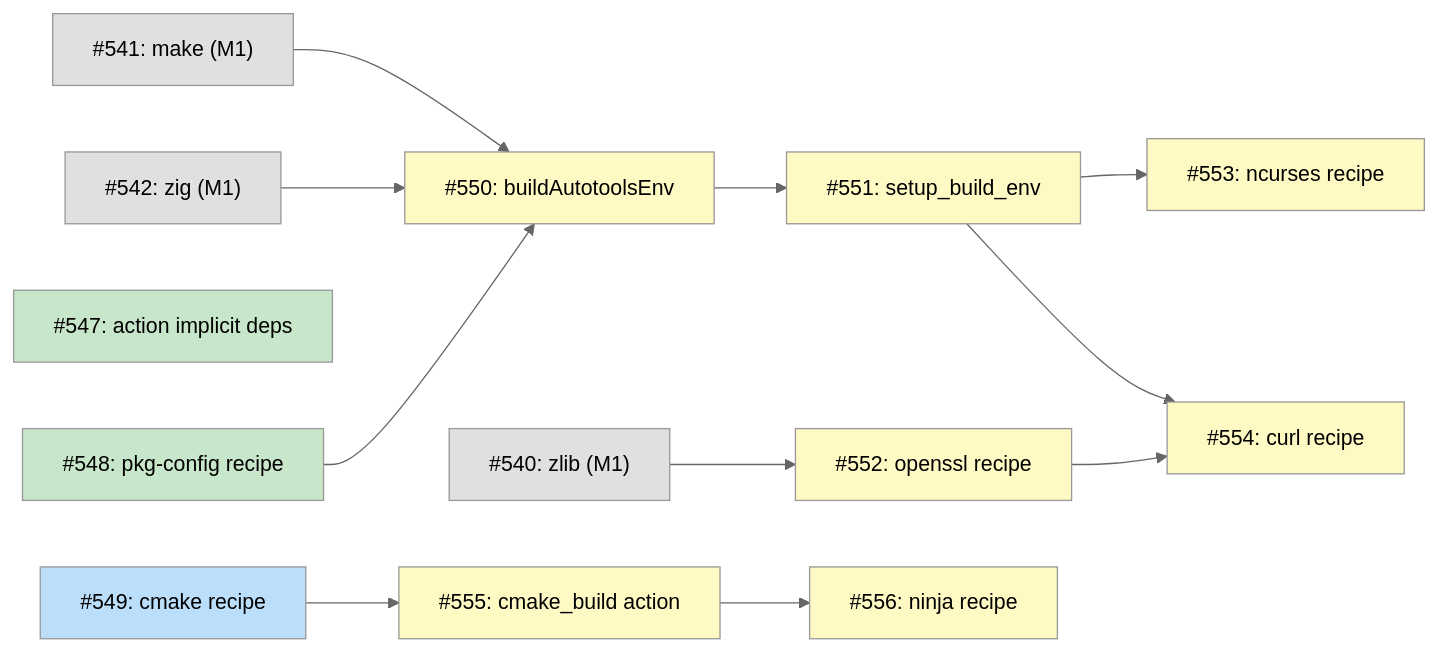
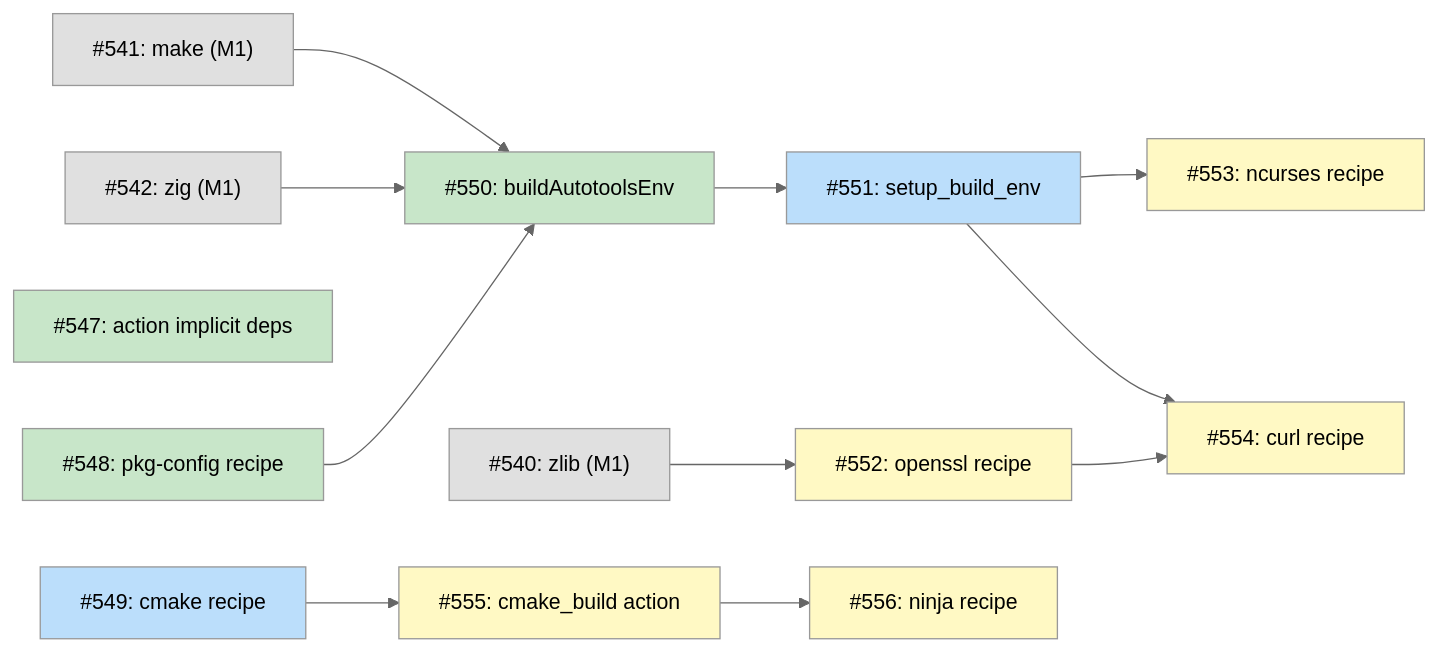
One commit to tsukumogami/tsuku changed the second of 4 diagrams in docs/DESIGN-dependency-provisioning.md. Above: the diagram before and after it, drawn with Mermaid (neutral theme). The commit also changed 4 other files, not shown here.

````diff
--- a/docs/DESIGN-dependency-provisioning.md
+++ b/docs/DESIGN-dependency-provisioning.md
@@ -62,37 +62,37 @@
 ```mermaid
 graph LR
     I540["#540: zlib (M1)"]
     I541["#541: make (M1)"]
     I542["#542: zig (M1)"]
     I547["#547: action implicit deps"]
     I548["#548: pkg-config recipe"]
     I549["#549: cmake recipe"]
     I550["#550: buildAutotoolsEnv"]
     I551["#551: setup_build_env"]
     I552["#552: openssl recipe"]
     I553["#553: ncurses recipe"]
     I554["#554: curl recipe"]
     I555["#555: cmake_build action"]
     I556["#556: ninja recipe"]
 
     I541 --> I550
     I542 --> I550
     I548 --> I550
     I550 --> I551
     I540 --> I552
     I551 --> I553
     I551 --> I554
     I552 --> I554
     I549 --> I555
     I555 --> I556
 
     classDef done fill:#c8e6c9
     classDef ready fill:#bbdefb
     classDef blocked fill:#fff9c4
     classDef external fill:#e0e0e0
 
     class I540,I541,I542 external
-    class I547,I548 done
-    class I549 ready
-    class I550,I551,I552,I553,I554,I555,I556 blocked
+    class I547,I548,I550 done
+    class I549,I551 ready
+    class I552,I553,I554,I555,I556 blocked
 ```
````
